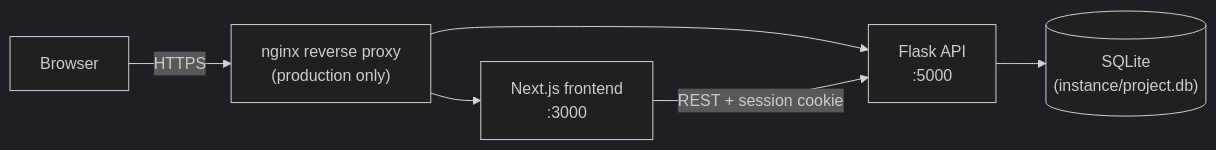
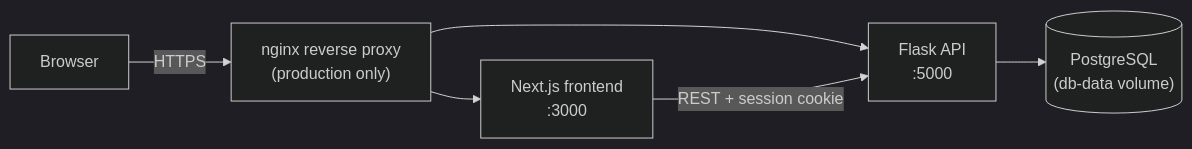
Before and after one commit to maximilianstarp/PlanerPro: the diagram in Readme.md, drawn with Mermaid (dark theme). The commit also changed other lines of this file and 8 other files, not shown here.

````diff
--- a/Readme.md
+++ b/Readme.md
@@ -62,8 +62,8 @@
 ```mermaid
 graph LR
     Browser -->|HTTPS| Nginx["nginx reverse proxy<br/>(production only)"]
     Nginx --> FE["Next.js frontend<br/>:3000"]
     Nginx --> BE["Flask API<br/>:5000"]
     FE -->|"REST + session cookie"| BE
-    BE --> DB[("SQLite<br/>(instance/project.db)")]
+    BE --> DB[("PostgreSQL<br/>(db-data volume)")]
 ```
````
